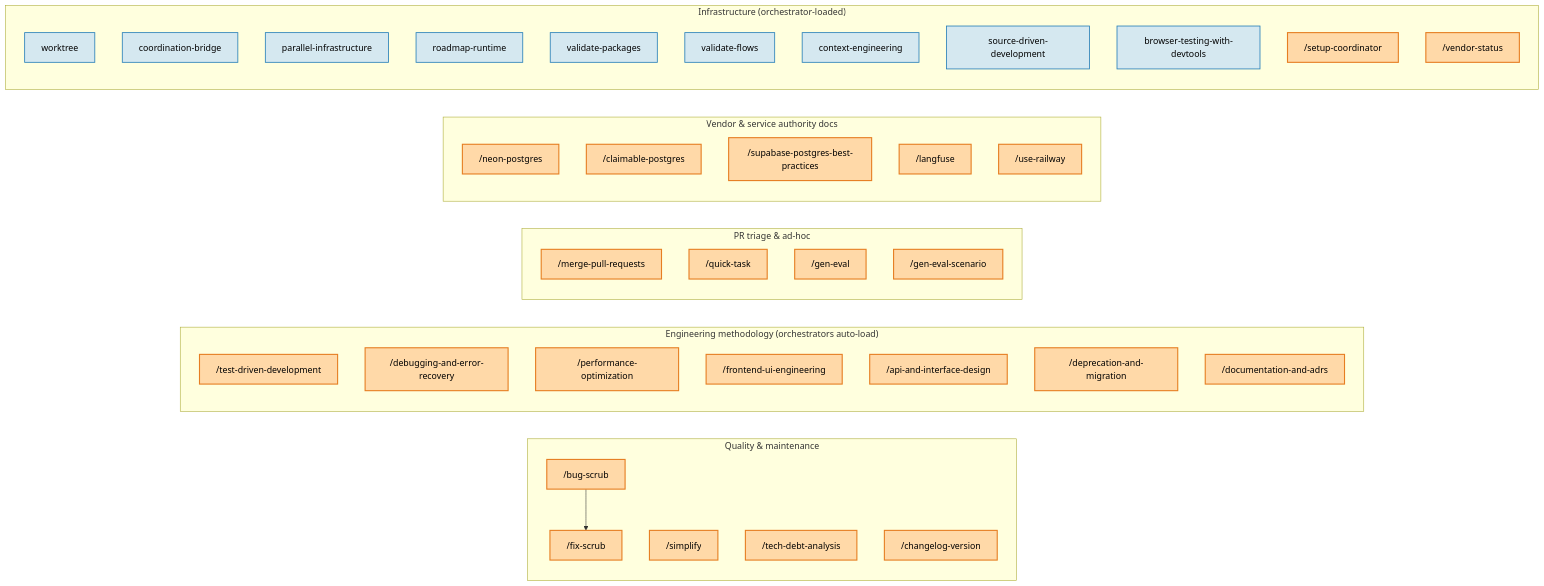
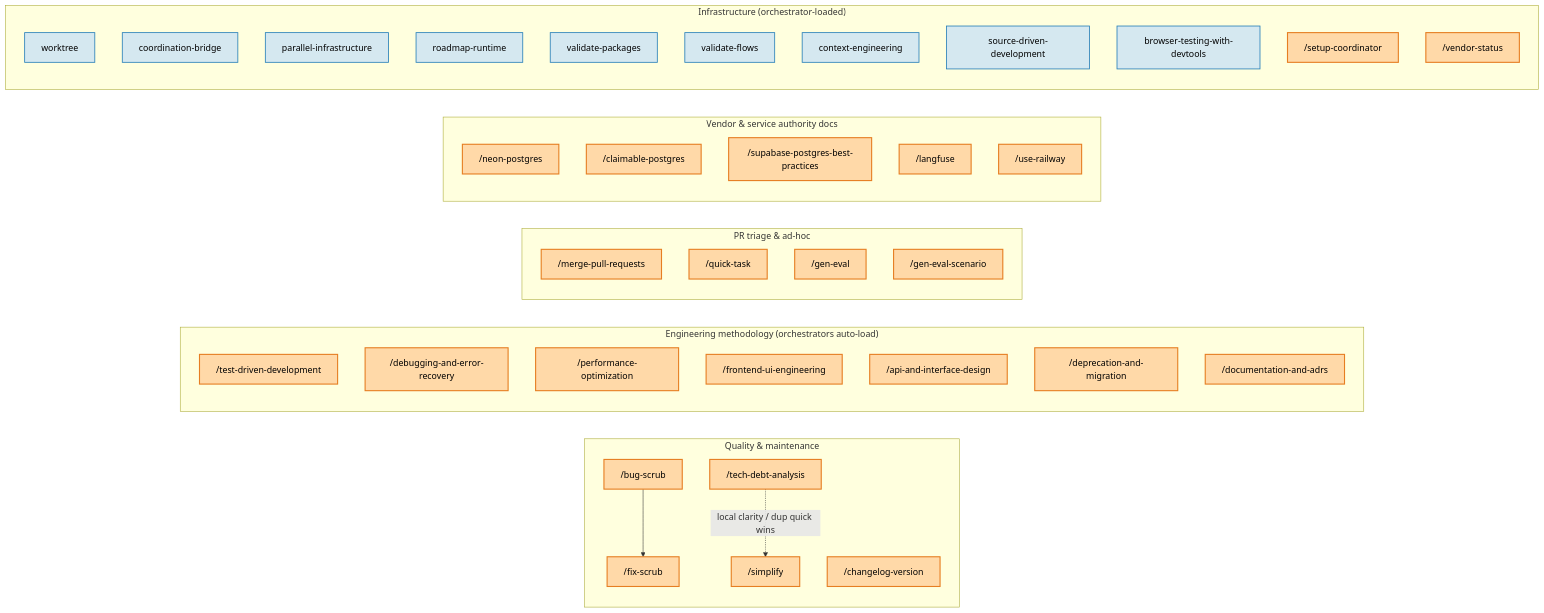
Before and after one commit to jankneumann/agentic-coding-tools: the third of 3 diagrams in docs/skill-flow/README.md, drawn with Mermaid. The commit also changed other lines of this file and 16 other files, not shown here.

````diff
--- a/docs/skill-flow/README.md
+++ b/docs/skill-flow/README.md
@@ -174,51 +179,52 @@
 ```mermaid
 flowchart LR
     classDef skill fill:#ffd9a8,stroke:#e67e22,stroke-width:2px,color:#000
     classDef infra fill:#d5e8f0,stroke:#2980b9,stroke-width:1.5px,color:#000
 
     subgraph QM["Quality & maintenance"]
         bug["/bug-scrub"]:::skill --> fix["/fix-scrub"]:::skill
         simplify["/simplify"]:::skill
         techdebt["/tech-debt-analysis"]:::skill
         changelog["/changelog-version"]:::skill
+        techdebt -.->|local clarity / dup quick wins| simplify
     end
 
     subgraph METH["Engineering methodology (orchestrators auto-load)"]
         tdd["/test-driven-development"]:::skill
         dbg["/debugging-and-error-recovery"]:::skill
         perf["/performance-optimization"]:::skill
         feui["/frontend-ui-engineering"]:::skill
         api["/api-and-interface-design"]:::skill
         deprec["/deprecation-and-migration"]:::skill
         adr["/documentation-and-adrs"]:::skill
     end
 
     subgraph PR["PR triage & ad-hoc"]
         mergeprs["/merge-pull-requests"]:::skill
         quick["/quick-task"]:::skill
         gen["/gen-eval"]:::skill
         genSc["/gen-eval-scenario"]:::skill
     end
 
     subgraph VEND["Vendor & service authority docs"]
         neon["/neon-postgres"]:::skill
         claim["/claimable-postgres"]:::skill
         supa["/supabase-postgres-best-practices"]:::skill
         lang["/langfuse"]:::skill
         rail["/use-railway"]:::skill
     end
 
     subgraph INFRA["Infrastructure (orchestrator-loaded)"]
         worktree["worktree"]:::infra
         bridge["coordination-bridge"]:::infra
         parinf["parallel-infrastructure"]:::infra
         rdrun["roadmap-runtime"]:::infra
         valpkg["validate-packages"]:::infra
         valflows["validate-flows"]:::infra
         ctxeng["context-engineering"]:::infra
         srcdd["source-driven-development"]:::infra
         browser["browser-testing-with-devtools"]:::infra
         setupc["/setup-coordinator"]:::skill
         vstatus["/vendor-status"]:::skill
     end
 ```
````
